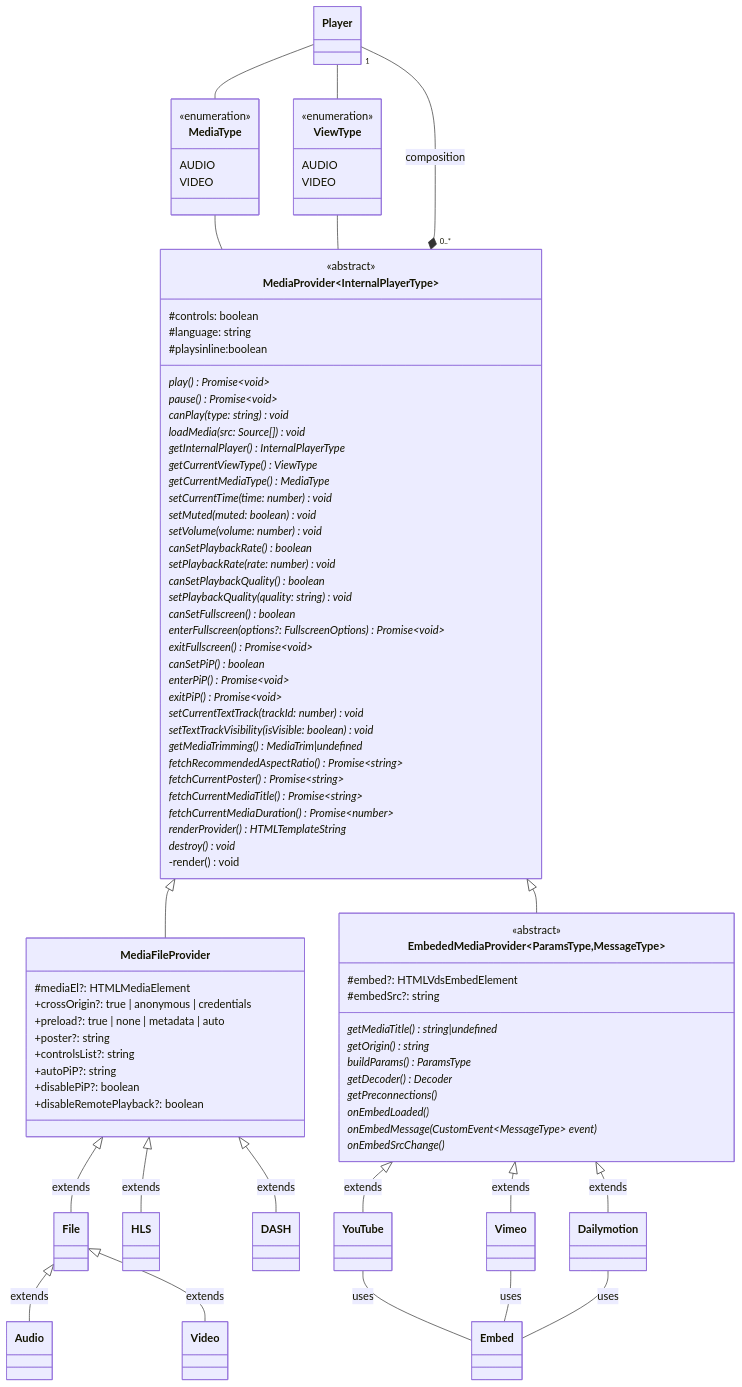
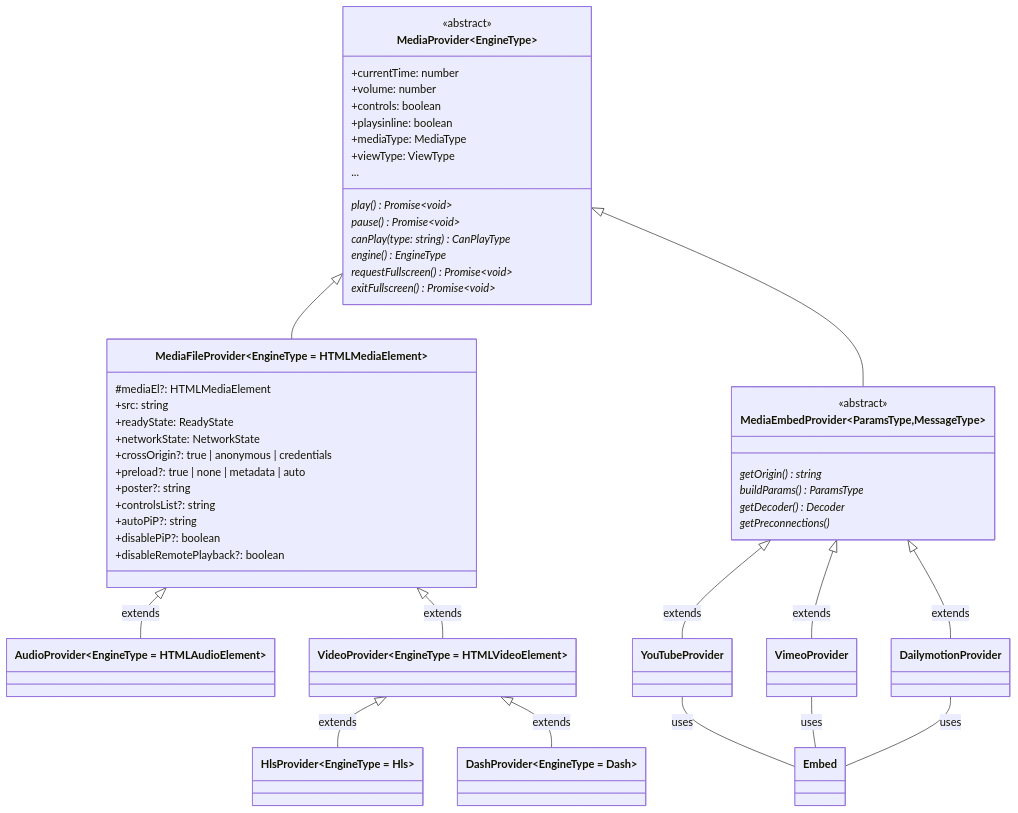
The diagram in docs/architecture/designs/providers.mmd (vidstack/player), drawn with Mermaid before and after one commit. The commit also changed 11 other files, not shown here.

Commit message:
docs(architecture): update to match current design

```diff
--- a/docs/architecture/designs/providers.mmd
+++ b/docs/architecture/designs/providers.mmd
@@ -1,114 +1,67 @@
 classDiagram
 
-class YouTube
-class Vimeo
-class Dailymotion
+class YouTubeProvider
+class VimeoProvider
+class DailymotionProvider
 class Embed
 
-YouTube -- Embed: uses
-Vimeo -- Embed: uses
-Dailymotion -- Embed: uses
+YouTubeProvider -- Embed: uses
+VimeoProvider -- Embed: uses
+DailymotionProvider -- Embed: uses
 
-class EmbededMediaProvider~ParamsType,MessageType~ {
+class MediaEmbedProvider~ParamsType,MessageType~ {
     <<abstract>>
-    #embed?: HTMLVdsEmbedElement
-    #embedSrc?: string
-
-    getMediaTitle()* string|undefined
     getOrigin()* string
     buildParams()* ParamsType
     getDecoder()* Decoder
     getPreconnections()*
-    onEmbedLoaded()*
-    onEmbedMessage(CustomEvent~MessageType~ event)*
-    onEmbedSrcChange()*
 }
 
-EmbededMediaProvider <|-- YouTube: extends
-EmbededMediaProvider <|-- Vimeo: extends
-EmbededMediaProvider <|-- Dailymotion: extends
+MediaEmbedProvider <|-- YouTubeProvider: extends
+MediaEmbedProvider <|-- VimeoProvider: extends
+MediaEmbedProvider <|-- DailymotionProvider: extends
 
-class Video
-class Audio
-class File
-class HLS
-class DASH
+class VideoProvider~EngineType = HTMLVideoElement~
+class AudioProvider~EngineType = HTMLAudioElement~
+class HlsProvider~EngineType = Hls~
+class DashProvider~EngineType = Dash~
 
-class MediaFileProvider {
+class MediaFileProvider~EngineType = HTMLMediaElement~ {
     #mediaEl?: HTMLMediaElement
+    +src: string
+    +readyState: ReadyState
+    +networkState: NetworkState
     +crossOrigin?: true | anonymous | credentials
     +preload?: true | none | metadata | auto
     +poster?: string
     +controlsList?: string
     +autoPiP?: string
     +disablePiP?: boolean
     +disableRemotePlayback?: boolean
 }
 
-File <|-- Audio: extends
-File <|-- Video: extends
-MediaFileProvider <|-- File: extends
-MediaFileProvider <|-- HLS: extends
-MediaFileProvider <|-- DASH: extends
+MediaFileProvider <|-- AudioProvider: extends
+MediaFileProvider <|-- VideoProvider: extends
+VideoProvider <|-- HlsProvider: extends
+VideoProvider <|-- DashProvider: extends
 
-class MediaProvider~InternalPlayerType~ {
+class MediaProvider~EngineType~ {
     <<abstract>>
-    #controls: boolean
-    #language: string
-    #playsinline:boolean
+    +currentTime: number
+    +volume: number
+    +controls: boolean
+    +playsinline: boolean
+    +mediaType: MediaType
+    +viewType: ViewType
+    ...
 
     play()* Promise~void~
     pause()* Promise~void~
-    canPlay(type: string)* void
-    loadMedia(src: Source[])* void
-    getInternalPlayer()* InternalPlayerType
-    getCurrentViewType()* ViewType
-    getCurrentMediaType()* MediaType
-    setCurrentTime(time: number)* void
-    setMuted(muted: boolean)* void
-    setVolume(volume: number)* void
-    canSetPlaybackRate()* boolean
-    setPlaybackRate(rate: number)* void
-    canSetPlaybackQuality()* boolean
-    setPlaybackQuality(quality: string)* void
-    canSetFullscreen()* boolean
-    enterFullscreen(options?: FullscreenOptions)* Promise~void~
+    canPlay(type: string)* CanPlayType
+    engine()* EngineType
+    requestFullscreen()* Promise~void~
     exitFullscreen()* Promise~void~
-    canSetPiP()* boolean
-    enterPiP()* Promise~void~
-    exitPiP()* Promise~void~
-    setCurrentTextTrack(trackId: number)* void
-    setTextTrackVisibility(isVisible: boolean)* void
-    getMediaTrimming()* MediaTrim|undefined
-    fetchRecommendedAspectRatio()* Promise~string~
-    fetchCurrentPoster()* Promise~string~
-    fetchCurrentMediaTitle()* Promise~string~
-    fetchCurrentMediaDuration()* Promise~number~
-    renderProvider()* HTMLTemplateString
-    destroy()* void
-    -render() void
 }
 
 MediaProvider <|-- MediaFileProvider
-MediaProvider <|-- EmbededMediaProvider
-
-class MediaType {
-    <<enumeration>>
-    AUDIO
-    VIDEO
-}
-
-class ViewType {
-    <<enumeration>>
-    AUDIO
-    VIDEO
-}
-
-MediaType -- MediaProvider
-ViewType -- MediaProvider
-
-class Player
-
-Player -- MediaType
-Player -- ViewType
-Player "1" --* "0..*" MediaProvider: composition
+MediaProvider <|-- MediaEmbedProvider
```
